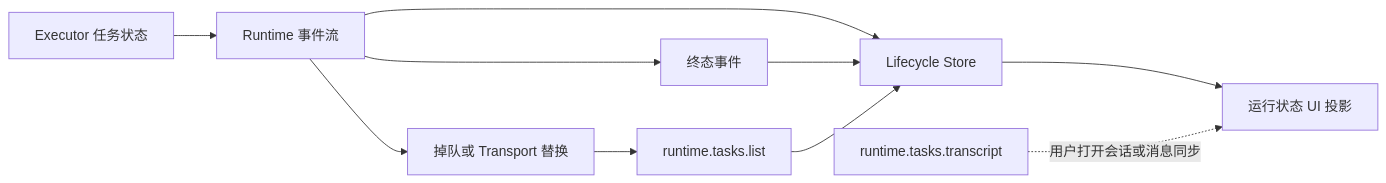
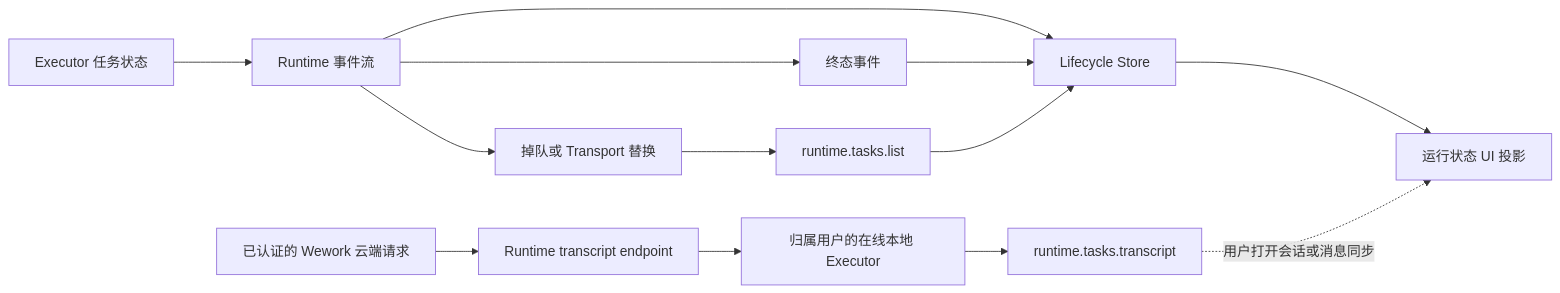
The first of 2 diagrams in docs/zh/architecture/runtime-task-lifecycle-reconciliation.md (wecode-ai/Wegent), drawn with Mermaid before and after one commit. The commit also changed other lines of this file and 2 other files, not shown here.

Commit message:
docs(wework): clarify runtime lifecycle boundaries

````diff
--- a/docs/zh/architecture/runtime-task-lifecycle-reconciliation.md
+++ b/docs/zh/architecture/runtime-task-lifecycle-reconciliation.md
@@ -13,12 +13,15 @@
 ```mermaid
 flowchart LR
     EXEC[Executor 任务状态] --> STREAM[Runtime 事件流]
     STREAM --> STORE[Lifecycle Store]
     STORE --> UI[运行状态 UI 投影]
     STREAM --> TERMINAL[终态事件]
     TERMINAL --> STORE
     STREAM --> SIGNAL[掉队或 Transport 替换]
     SIGNAL --> LIST[runtime.tasks.list]
     LIST --> STORE
-    TRANSCRIPT[runtime.tasks.transcript] -. 用户打开会话或消息同步 .-> UI
+    CLIENT[已认证的 Wework 云端请求] --> API[Runtime transcript endpoint]
+    API --> OWNER[归属用户的在线本地 Executor]
+    OWNER --> TRANSCRIPT[runtime.tasks.transcript]
+    TRANSCRIPT -. 用户打开会话或消息同步 .-> UI
 ```
````
